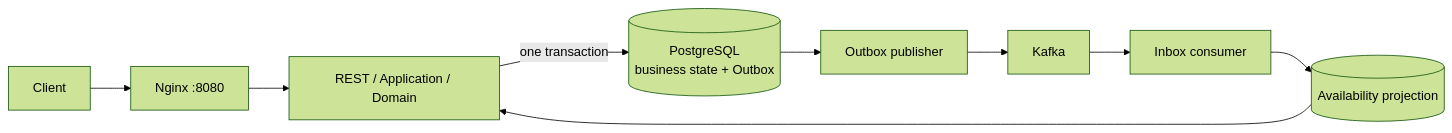
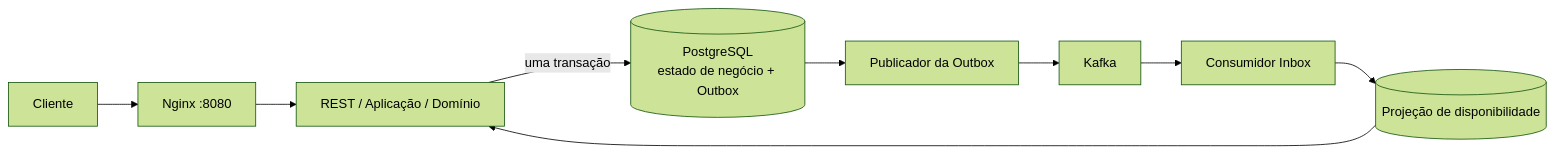
Before and after one commit to hubsouzasolucoes/flash-booking: the diagram in README.md, drawn with Mermaid (forest theme). The commit also changed other lines of this file and 22 other files, not shown here.

````diff
--- a/README.md
+++ b/README.md
@@ -15,11 +16,11 @@
 ```mermaid
 flowchart LR
-  C[Client] --> N[Nginx :8080]
-  N --> A[REST / Application / Domain]
-  A -->|one transaction| P[(PostgreSQL<br/>business state + Outbox)]
-  P --> O[Outbox publisher]
+  C[Cliente] --> N[Nginx :8080]
+  N --> A[REST / Aplicação / Domínio]
+  A -->|uma transação| P[(PostgreSQL<br/>estado de negócio + Outbox)]
+  P --> O[Publicador da Outbox]
   O --> K[Kafka]
-  K --> I[Inbox consumer]
-  I --> R[(Availability projection)]
+  K --> I[Consumidor Inbox]
+  I --> R[(Projeção de disponibilidade)]
   R --> A
 ```
````
